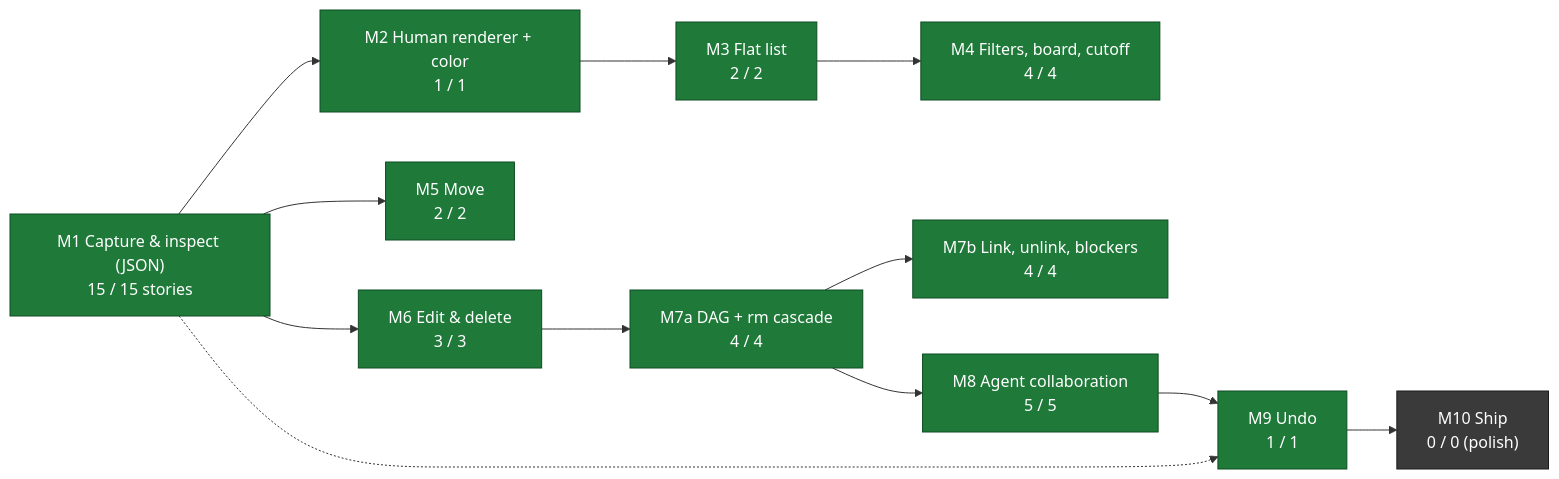
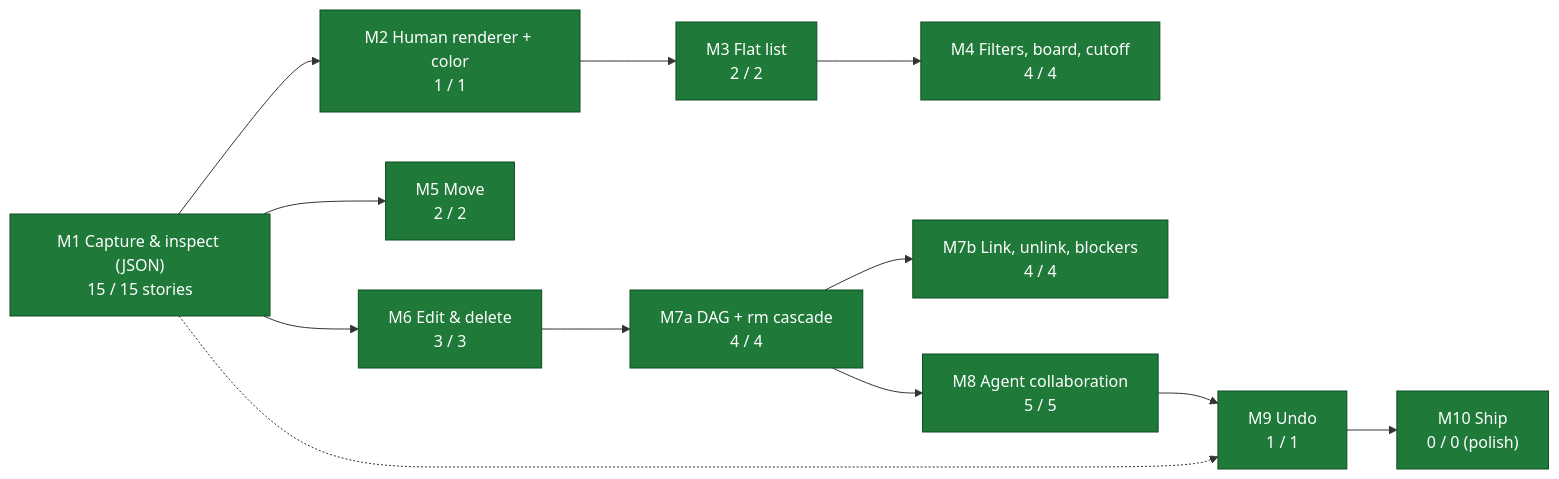
Before and after one commit to andreiRS/tasks: the diagram in MILESTONES.md, drawn with Mermaid.

Commit message:
docs: mark M10 as done

````diff
--- a/MILESTONES.md
+++ b/MILESTONES.md
@@ -7,24 +7,24 @@
 ```mermaid
 flowchart LR
     M1["M1 Capture &amp; inspect (JSON)<br/>15 / 15 stories"]:::done
     M2["M2 Human renderer + color<br/>1 / 1"]:::done
     M3["M3 Flat list<br/>2 / 2"]:::done
     M4["M4 Filters, board, cutoff<br/>4 / 4"]:::done
     M5["M5 Move<br/>2 / 2"]:::done
     M6["M6 Edit &amp; delete<br/>3 / 3"]:::done
     M7a["M7a DAG + rm cascade<br/>4 / 4"]:::done
     M7b["M7b Link, unlink, blockers<br/>4 / 4"]:::done
     M8["M8 Agent collaboration<br/>5 / 5"]:::done
     M9["M9 Undo<br/>1 / 1"]:::done
-    M10["M10 Ship<br/>0 / 0 (polish)"]:::todo
+    M10["M10 Ship<br/>0 / 0 (polish)"]:::done
 
     M1 --> M2 --> M3 --> M4
     M1 --> M5
     M1 --> M6 --> M7a --> M7b
     M7a --> M8 --> M9 --> M10
     M1 -.-> M9
 
     classDef done fill:#1f7a3a,stroke:#0d4d22,color:#fff;
     classDef wip fill:#b07d00,stroke:#5e4300,color:#fff;
     classDef todo fill:#3a3a3a,stroke:#1a1a1a,color:#fff;
 ```
````
